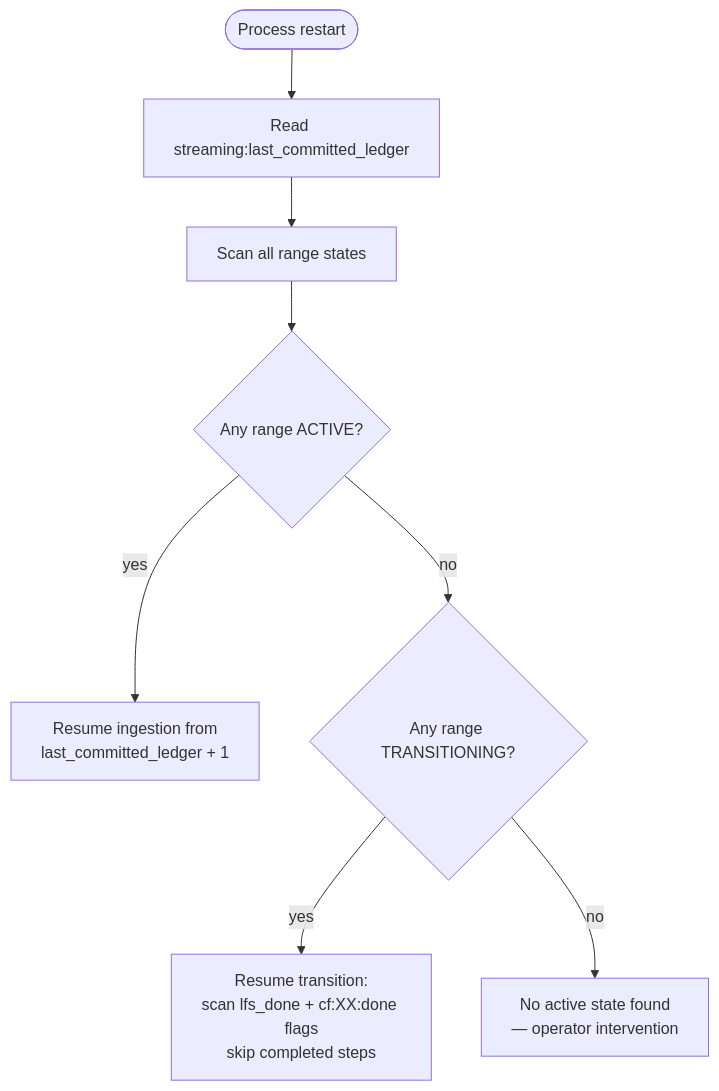
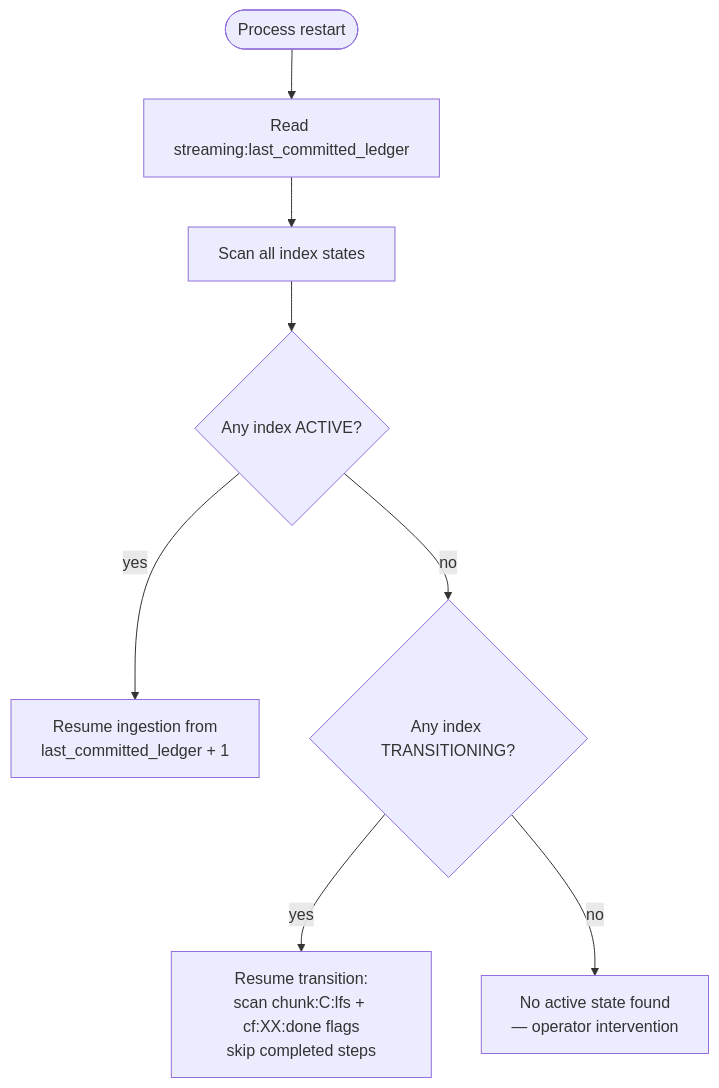
Before and after one commit to stellar/stellar-rpc: diagram 12 of 12 in full-history/design-docs/01-architecture-overview.md, drawn with Mermaid. The commit also changed other lines of this file, not shown here.

Commit message:
docs: 01-architecture-overview — range→index sweep

````diff
--- a/full-history/design-docs/01-architecture-overview.md
+++ b/full-history/design-docs/01-architecture-overview.md
@@ -326,10 +328,10 @@
 ```mermaid
 flowchart TD
     START(["Process restart"]) --> READ_LCL["Read streaming:last_committed_ledger"]
-    READ_LCL --> SCAN_RANGES2["Scan all range states"]
-    SCAN_RANGES2 --> CHECK_ACTIVE{Any range ACTIVE?}
+    READ_LCL --> SCAN_RANGES2["Scan all index states"]
+    SCAN_RANGES2 --> CHECK_ACTIVE{Any index ACTIVE?}
     CHECK_ACTIVE -->|yes| RESUME_INGEST["Resume ingestion from\nlast_committed_ledger + 1"]
-    CHECK_ACTIVE -->|no| CHECK_TRANS{Any range TRANSITIONING?}
-    CHECK_TRANS -->|yes| RESUME_TRANS["Resume transition:\nscan lfs_done + cf:XX:done flags\nskip completed steps"]
+    CHECK_ACTIVE -->|no| CHECK_TRANS{Any index TRANSITIONING?}
+    CHECK_TRANS -->|yes| RESUME_TRANS["Resume transition:\nscan chunk:C:lfs + cf:XX:done flags\nskip completed steps"]
     CHECK_TRANS -->|no| ERROR["No active state found\n— operator intervention"]
 ```
````
